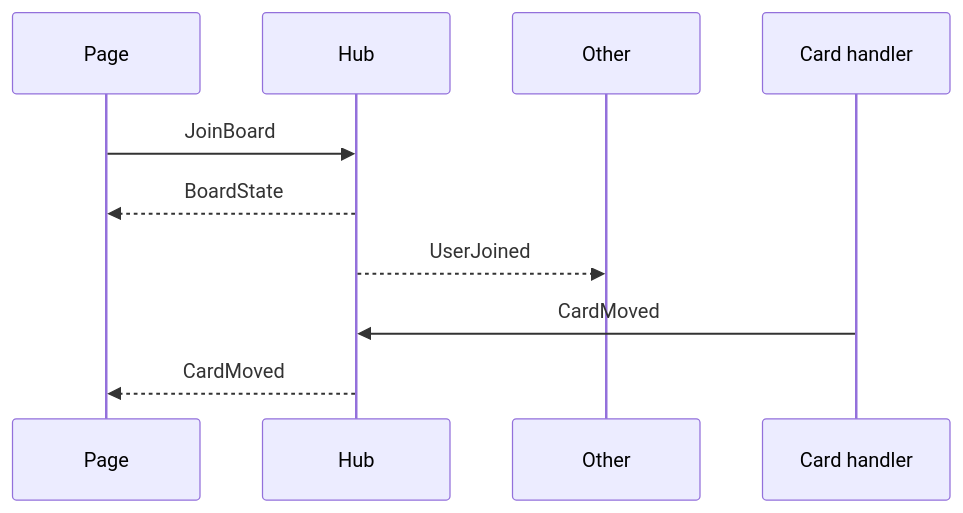
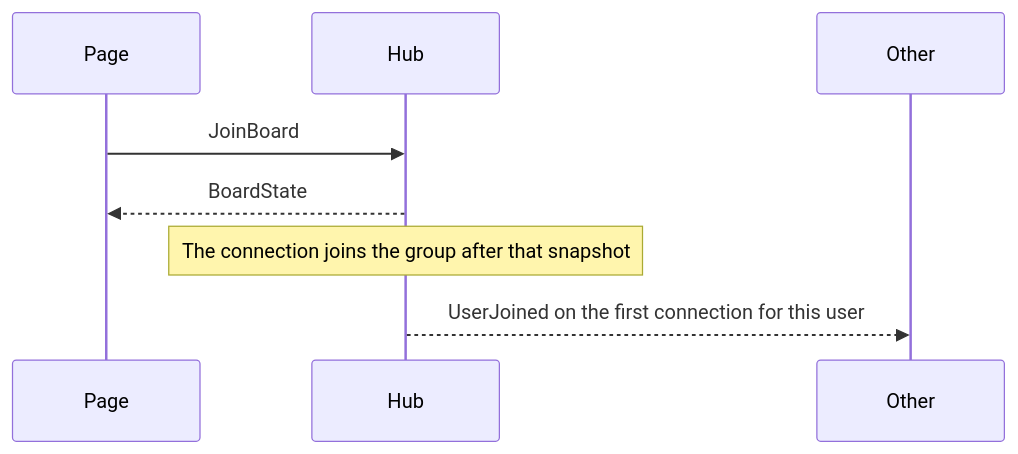
One commit to justarunsthing/Relay changed the ninth of 10 diagrams in docs/api.md. Above: the diagram before and after it, drawn with Mermaid. The commit also changed other lines of this file and 12 other files, not shown here.

````diff
--- a/docs/api.md
+++ b/docs/api.md
@@ -115,12 +160,10 @@
 ```mermaid
 sequenceDiagram
     participant Page
     participant Hub
     participant Other
-    participant Writer as Card handler
     Page->>Hub: JoinBoard
     Hub-->>Page: BoardState
-    Hub-->>Other: UserJoined
-    Writer->>Hub: CardMoved
-    Hub-->>Page: CardMoved
+    Note over Hub: The connection joins the group after that snapshot
+    Hub-->>Other: UserJoined on the first connection for this user
 ```
````
